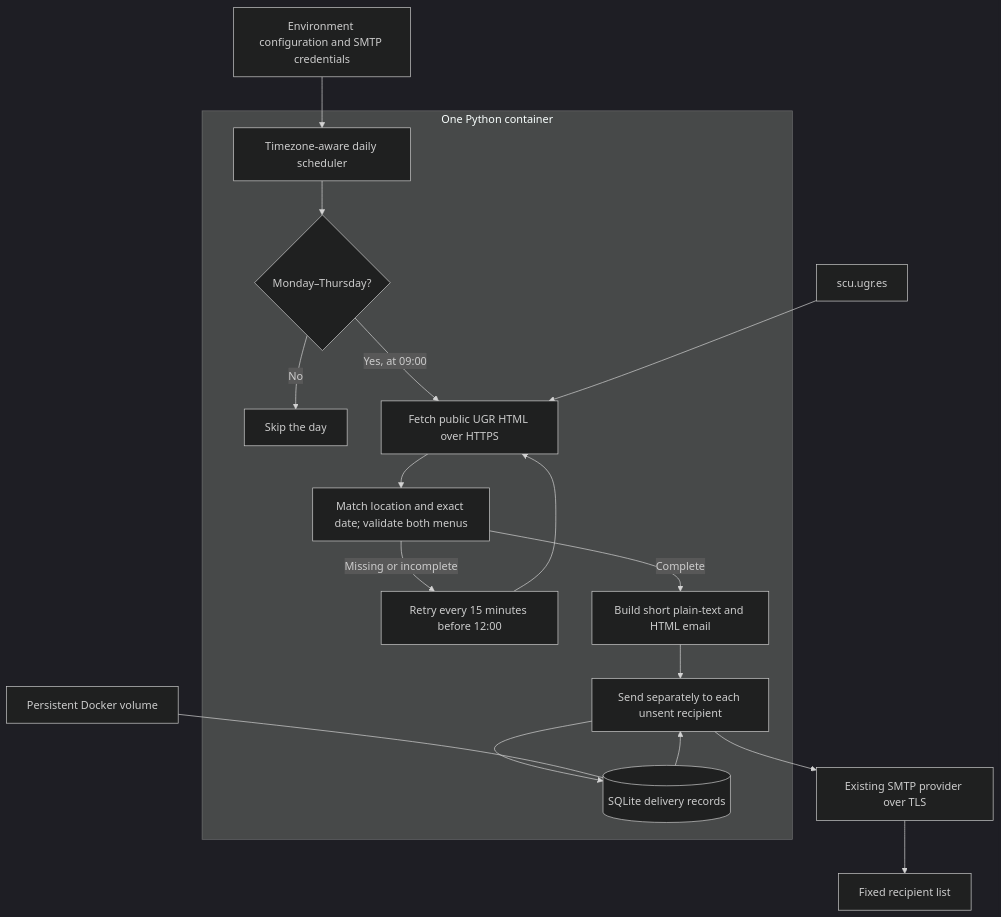
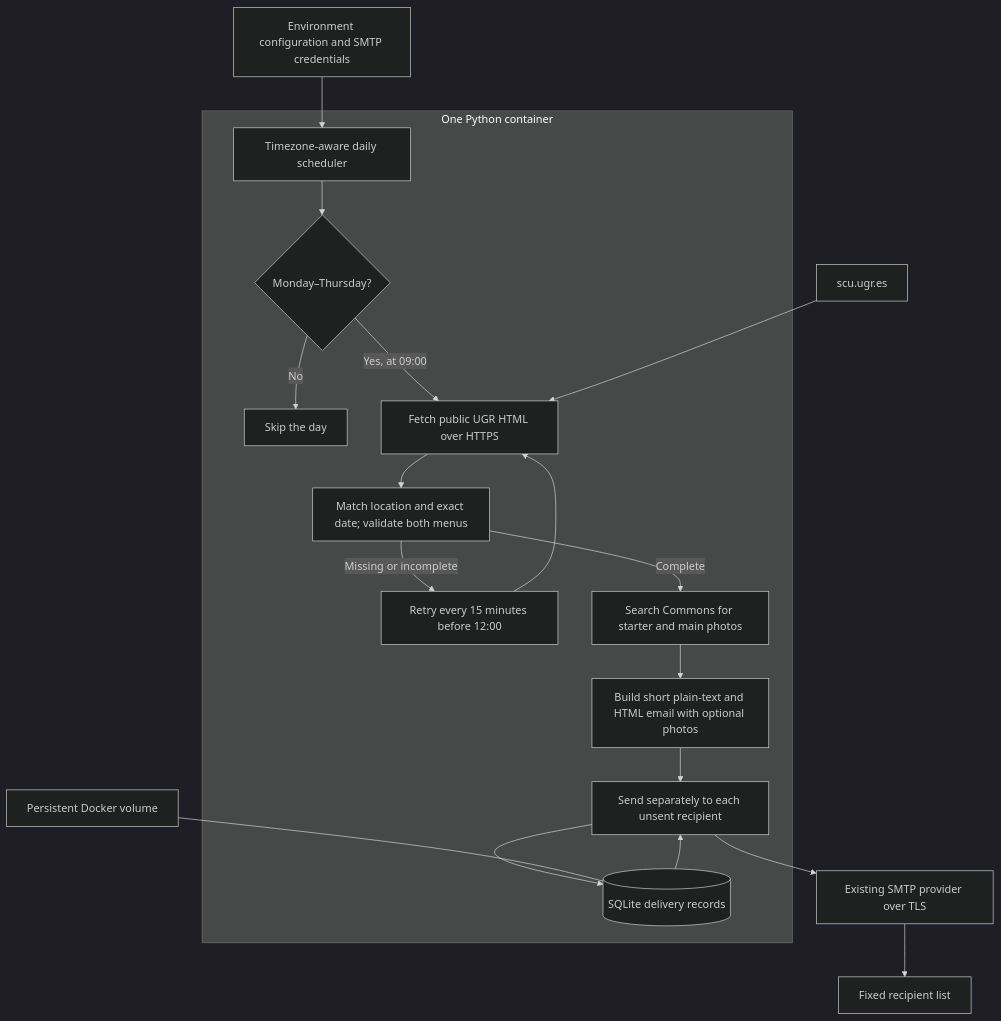
The diagram in ARCHITECTURE.md (valentin111/ugrcomedordaily), drawn with Mermaid (dark theme) before and after one commit. The commit also changed other lines of this file and 7 other files, not shown here.

Commit message:
added pictures for starter and main

````diff
--- a/ARCHITECTURE.md
+++ b/ARCHITECTURE.md
@@ -17,20 +17,21 @@
 ```mermaid
 flowchart TD
     Settings[Environment configuration and SMTP credentials] --> Worker
     subgraph Container[One Python container]
         Worker[Timezone-aware daily scheduler] --> SendDay{Monday–Thursday?}
         SendDay -->|No| Skip[Skip the day]
         SendDay -->|Yes, at 09:00| Fetch[Fetch public UGR HTML over HTTPS]
         Fetch --> Parse[Match location and exact date; validate both menus]
         Parse -->|Missing or incomplete| Retry[Retry every 15 minutes before 12:00]
         Retry --> Fetch
-        Parse -->|Complete| Render[Build short plain-text and HTML email]
+        Parse -->|Complete| Photos[Search Commons for starter and main photos]
+        Photos --> Render[Build short plain-text and HTML email with optional photos]
         Render --> Delivery[Send separately to each unsent recipient]
         Delivery --> State[(SQLite delivery records)]
         State --> Delivery
     end
     Website[scu.ugr.es] --> Fetch
     Delivery --> SMTP[Existing SMTP provider over TLS]
     SMTP --> Recipients[Fixed recipient list]
     Volume[Persistent Docker volume] --- State
 ```
````
